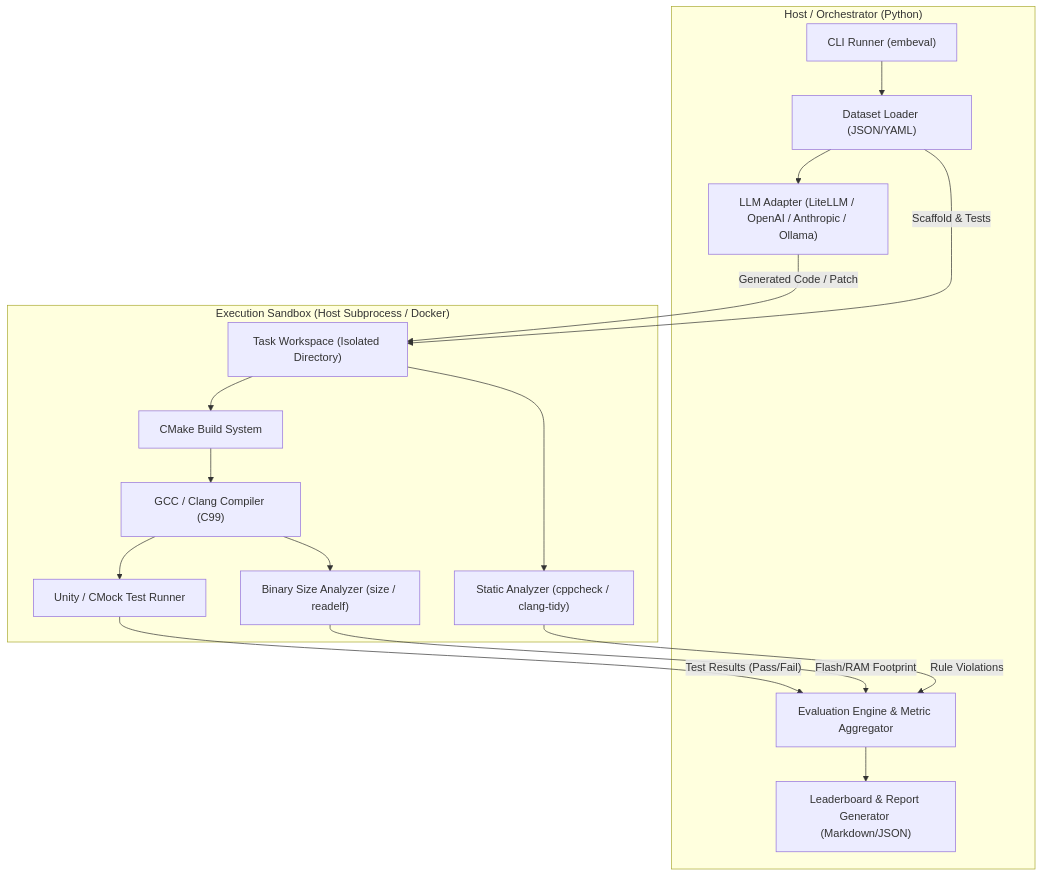
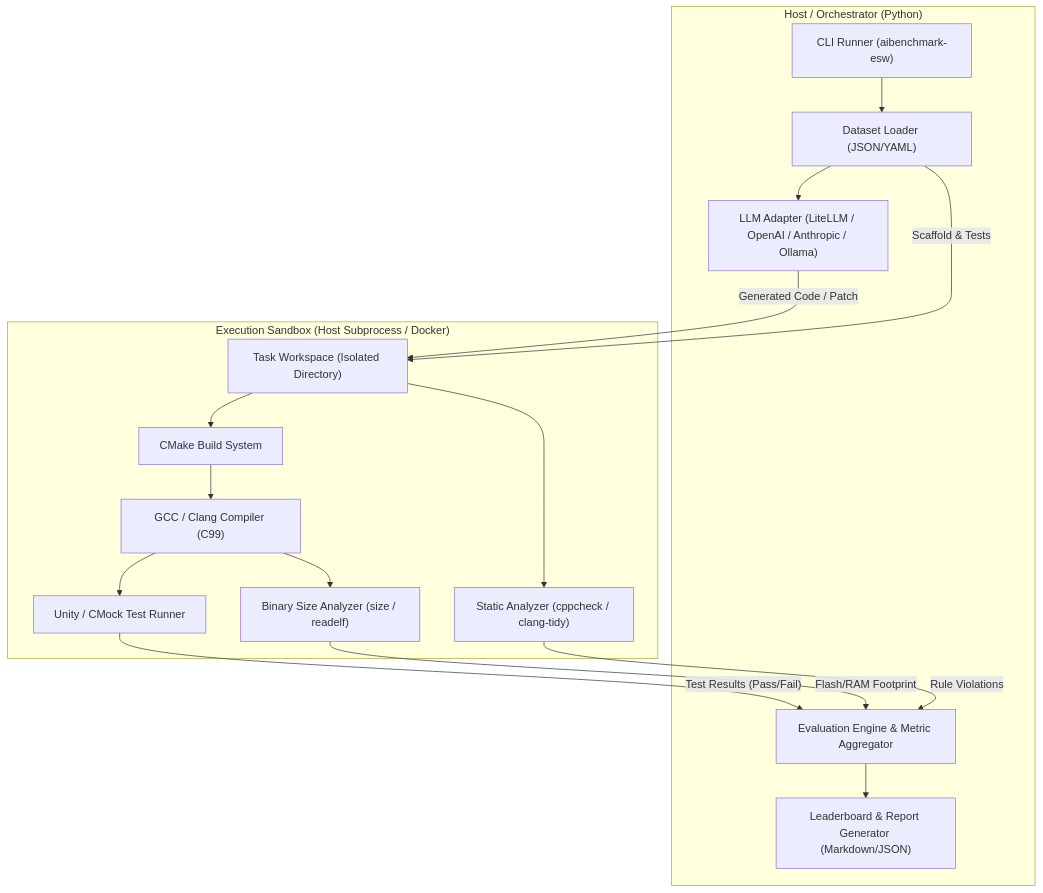
One commit to mj10612/AIBenchMark-ESW changed the diagram in docs/superpowers/specs/2026-09-27-embedded-ai-benchmark-design.md. Above: the diagram before and after it, drawn with Mermaid. The commit also changed other lines of this file and 19 other files, not shown here.

````diff
--- a/docs/superpowers/specs/2026-09-27-embedded-ai-benchmark-design.md
+++ b/docs/superpowers/specs/2026-09-27-embedded-ai-benchmark-design.md
@@ -27,36 +27,36 @@
 ```mermaid
 flowchart TD
     subgraph Host["Host / Orchestrator (Python)"]
-        CLI["CLI Runner (embeval)"]
+        CLI["CLI Runner (aibenchmark-esw)"]
         DatasetMgr["Dataset Loader (JSON/YAML)"]
         LLMClient["LLM Adapter (LiteLLM / OpenAI / Anthropic / Ollama)"]
         Evaluator["Evaluation Engine & Metric Aggregator"]
         Reporter["Leaderboard & Report Generator (Markdown/JSON)"]
     end
 
     subgraph Sandbox["Execution Sandbox (Host Subprocess / Docker)"]
         Workspace["Task Workspace (Isolated Directory)"]
         CMake["CMake Build System"]
         Compiler["GCC / Clang Compiler (C99)"]
         Unity["Unity / CMock Test Runner"]
         Analyzer["Static Analyzer (cppcheck / clang-tidy)"]
         SizeUtil["Binary Size Analyzer (size / readelf)"]
     end
 
     CLI --> DatasetMgr
     DatasetMgr --> LLMClient
     LLMClient -- "Generated Code / Patch" --> Workspace
     DatasetMgr -- "Scaffold & Tests" --> Workspace
     
     Workspace --> CMake
     CMake --> Compiler
     Compiler --> Unity
     Compiler --> SizeUtil
     Workspace --> Analyzer
 
     Unity -- "Test Results (Pass/Fail)" --> Evaluator
     SizeUtil -- "Flash/RAM Footprint" --> Evaluator
     Analyzer -- "Rule Violations" --> Evaluator
 
     Evaluator --> Reporter
 ```
````
